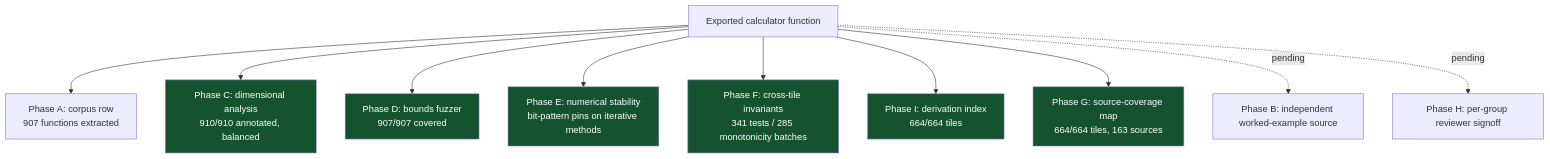
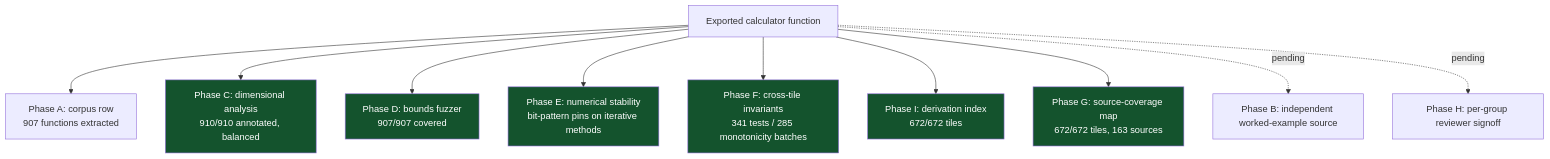
The sixth of 8 diagrams in README.md (clay-good/roughlogic.com), drawn with Mermaid before and after one commit. The commit also changed other lines of this file and 23 other files, not shown here.

````diff
--- a/README.md
+++ b/README.md
@@ -476,18 +476,18 @@
 ```mermaid
 flowchart TB
     F[Exported calculator function] --> A[Phase A: corpus row\n907 functions extracted]
     F --> C[Phase C: dimensional analysis\n910/910 annotated, balanced]
     F --> D[Phase D: bounds fuzzer\n907/907 covered]
     F --> E[Phase E: numerical stability\nbit-pattern pins on iterative methods]
     F --> Fa[Phase F: cross-tile invariants\n341 tests / 285 monotonicity batches]
-    F --> I[Phase I: derivation index\n664/664 tiles]
-    F --> G[Phase G: source-coverage map\n664/664 tiles, 163 sources]
+    F --> I[Phase I: derivation index\n672/672 tiles]
+    F --> G[Phase G: source-coverage map\n672/672 tiles, 163 sources]
     F -.pending.-> B[Phase B: independent worked-example source]
     F -.pending.-> H[Phase H: per-group reviewer signoff]
     style C fill:#14532d,color:#fff
     style D fill:#14532d,color:#fff
     style E fill:#14532d,color:#fff
     style Fa fill:#14532d,color:#fff
     style G fill:#14532d,color:#fff
     style I fill:#14532d,color:#fff
 ```
````
